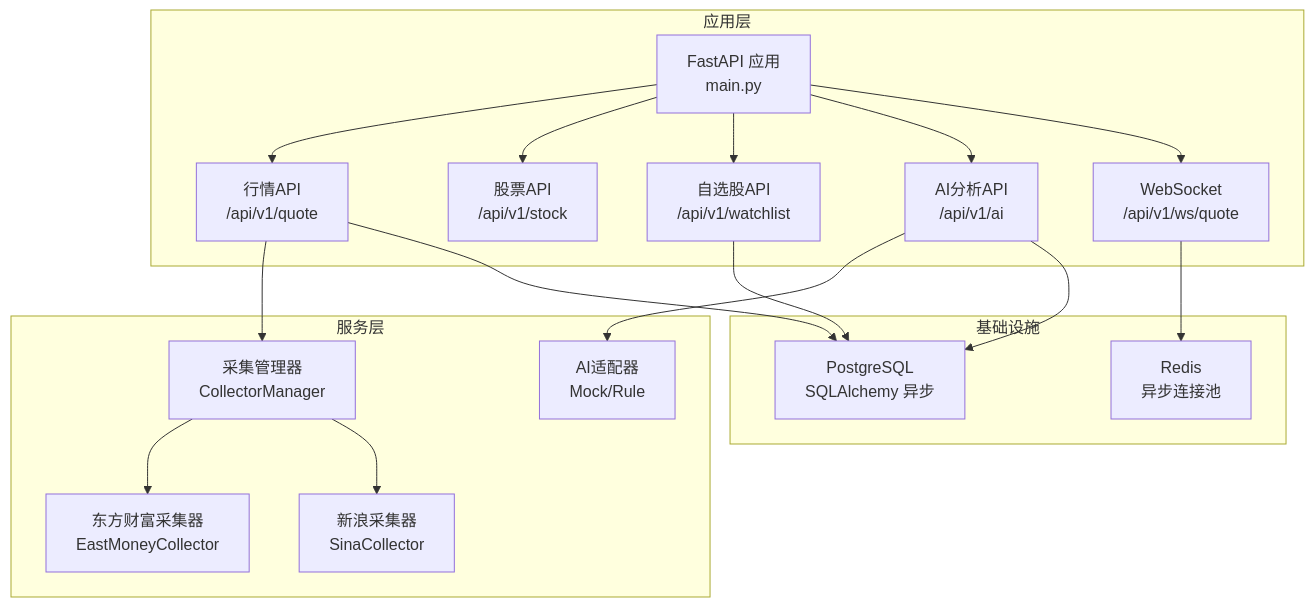
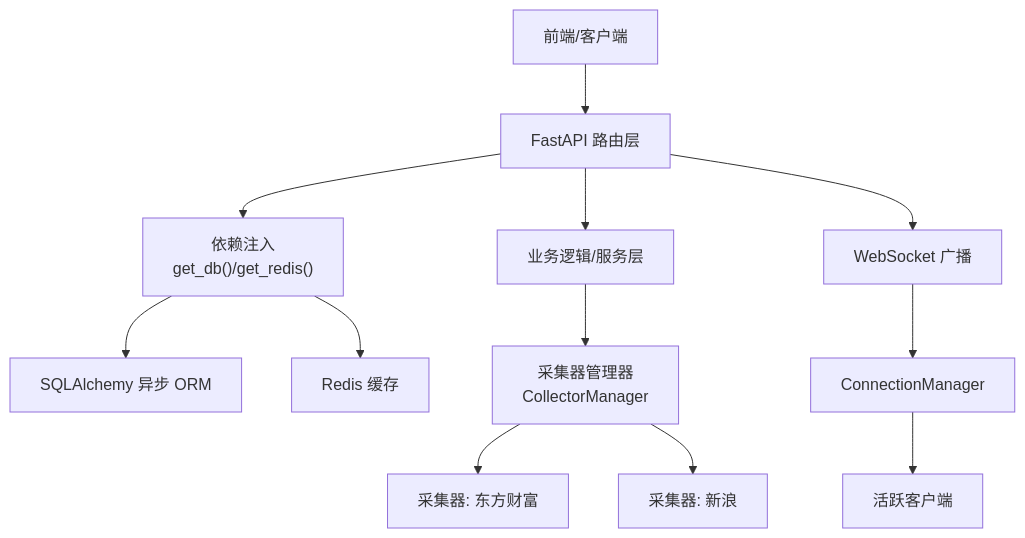
One commit to We3le7/stock-view changed the second of 7 diagrams in .qoder/repowiki/zh/content/后端开发/后端开发.md. Above: the diagram before and after it, drawn with Mermaid. The commit also changed other lines of this file and 142 other files, not shown here.

````diff
--- a/.qoder/repowiki/zh/content/后端开发/后端开发.md
+++ b/.qoder/repowiki/zh/content/后端开发/后端开发.md
@@ -93,34 +142,14 @@
 ```mermaid
 graph TB
-subgraph "应用层"
-M["FastAPI 应用<br/>main.py"]
-Q["行情API<br/>/api/v1/quote"]
-S["股票API<br/>/api/v1/stock"]
-W["自选股API<br/>/api/v1/watchlist"]
-A["AI分析API<br/>/api/v1/ai"]
-WS["WebSocket<br/>/api/v1/ws/quote"]
-end
-subgraph "服务层"
-CM["采集管理器<br/>CollectorManager"]
-EM["东方财富采集器<br/>EastMoneyCollector"]
-SI["新浪采集器<br/>SinaCollector"]
-AD["AI适配器<br/>Mock/Rule"]
-end
-subgraph "基础设施"
-DB["PostgreSQL<br/>SQLAlchemy 异步"]
-RD["Redis<br/>异步连接池"]
-end
-M --> Q
-M --> S
-M --> W
-M --> A
-M --> WS
-Q --> CM
-CM --> EM
-CM --> SI
-A --> AD
-Q --> DB
-W --> DB
-A --> DB
-WS --> RD
+Client["前端/客户端"] --> API["FastAPI 路由层"]
+API --> DI["依赖注入<br/>get_db()/get_redis()"]
+DI --> DB["SQLAlchemy 异步 ORM"]
+DI --> Cache["Redis 缓存"]
+API --> Service["业务逻辑/服务层"]
+Service --> Collector["采集器管理器<br/>CollectorManager"]
+Collector --> SourceEM["采集器: 东方财富"]
+Collector --> SourceSINA["采集器: 新浪"]
+API --> WS["WebSocket 广播"]
+WS --> Manager["ConnectionManager"]
+Manager --> Clients["活跃客户端"]
 ```
````
